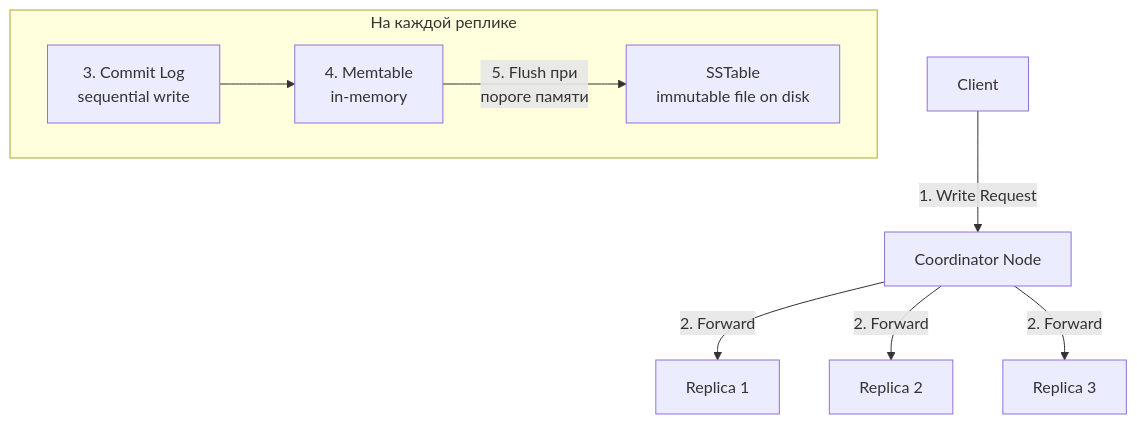
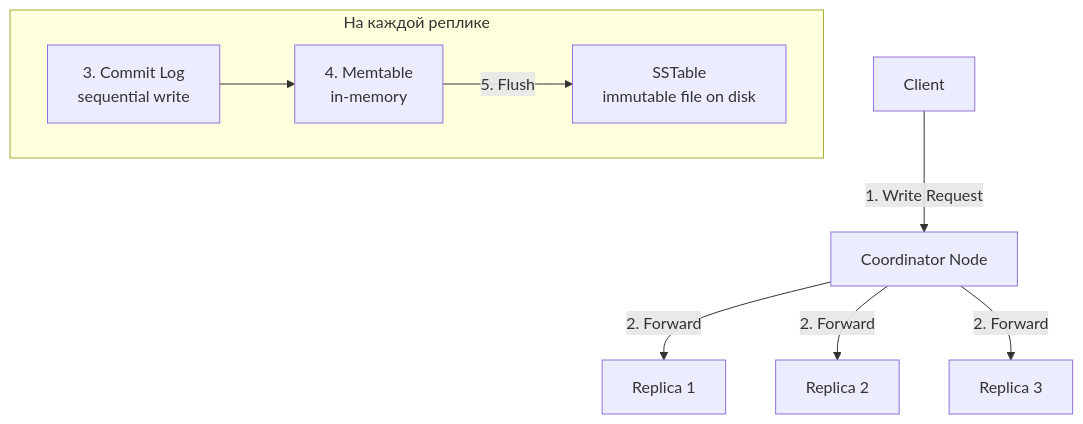
One commit to akeverus/cheat-sheet changed the fifth of 11 diagrams in cheatsheets/interview/databases/cassandra-interview.md. Above: the diagram before and after it, drawn with Mermaid. The commit also changed other lines of this file, not shown here.

````diff
--- a/cheatsheets/interview/databases/cassandra-interview.md
+++ b/cheatsheets/interview/databases/cassandra-interview.md
@@ -530,12 +530,12 @@
 ```mermaid
 graph TD
     Client[Client] -->|1. Write Request| Coord[Coordinator Node]
     Coord -->|2. Forward| Replica1[Replica 1]
     Coord -->|2. Forward| Replica2[Replica 2]
     Coord -->|2. Forward| Replica3[Replica 3]
 
     subgraph "На каждой реплике"
         CL[3. Commit Log<br/>sequential write] --> MT[4. Memtable<br/>in-memory]
-        MT -->|5. Flush при<br/>пороге памяти| SST[SSTable<br/>immutable file on disk]
+        MT -->|5. Flush| SST[SSTable<br/>immutable file on disk]
     end
 ```
````
